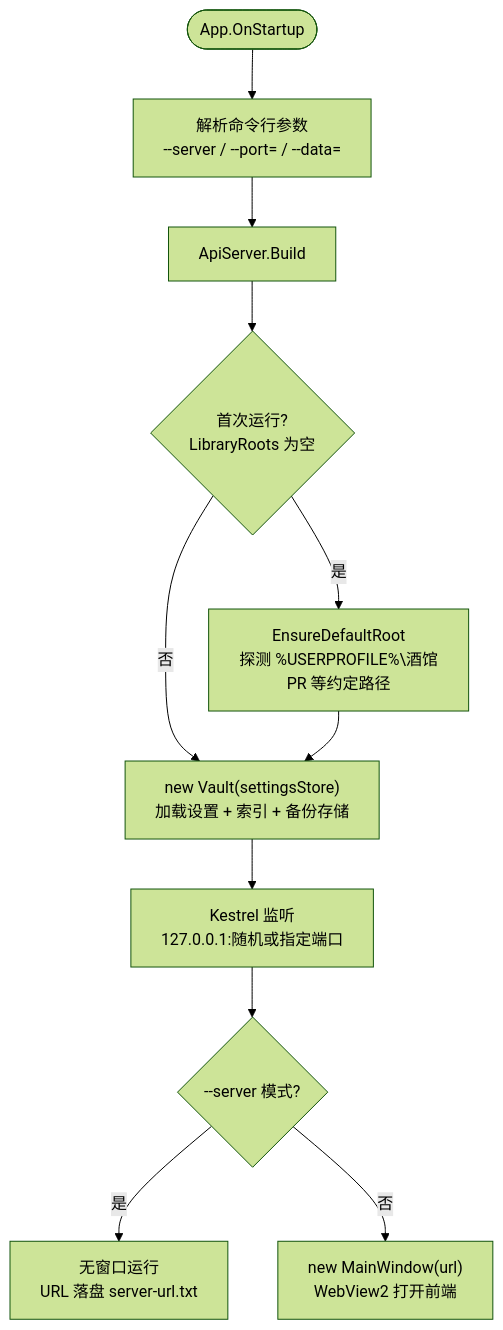
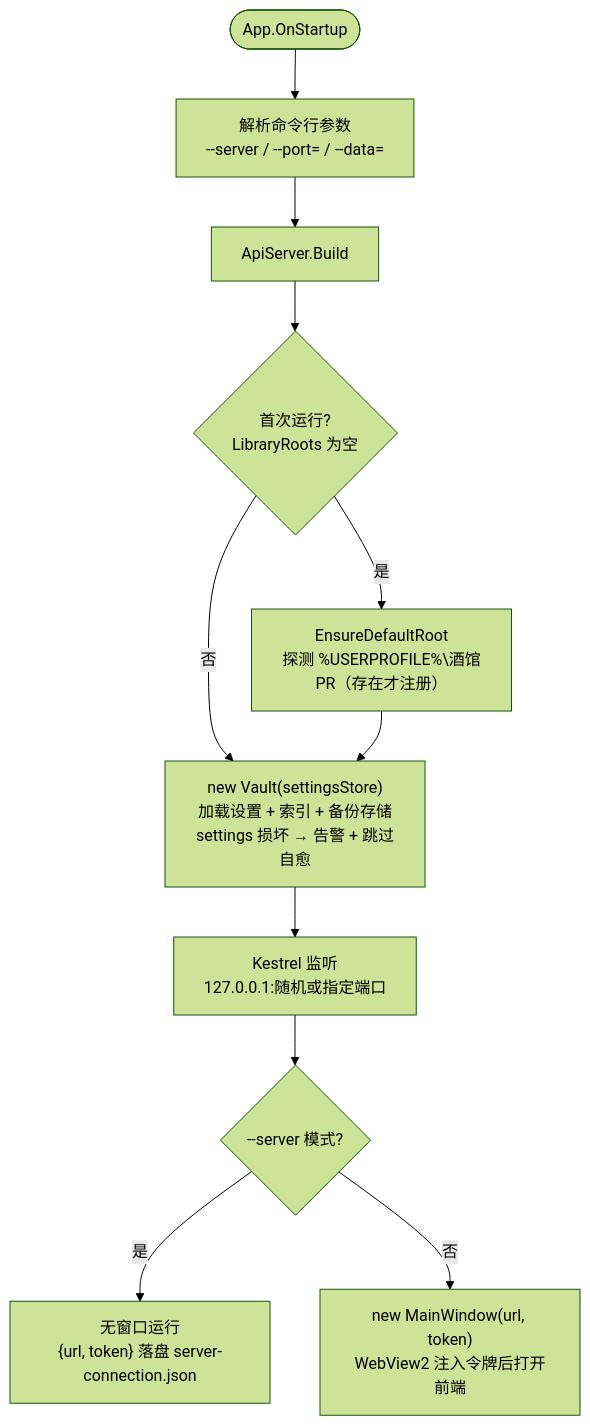
One commit to minekurs53-cmd/TavernVault changed the second of 12 diagrams in docs/architecture-visualization.md. Above: the diagram before and after it, drawn with Mermaid (forest theme). The commit also changed other lines of this file and 20 other files, not shown here.

````diff
--- a/docs/architecture-visualization.md
+++ b/docs/architecture-visualization.md
@@ -63,13 +63,13 @@
 ```mermaid
 flowchart TD
     Start(["App.OnStartup"]) --> Parse["解析命令行参数<br/>--server / --port= / --data="]
     Parse --> Build["ApiServer.Build"]
     Build --> Default{"首次运行?<br/>LibraryRoots 为空"}
-    Default -->|"是"| Guess["EnsureDefaultRoot<br/>探测 %USERPROFILE%\酒馆PR 等约定路径"]
-    Default -->|"否"| Vault["new Vault(settingsStore)<br/>加载设置 + 索引 + 备份存储"]
+    Default -->|"是"| Guess["EnsureDefaultRoot<br/>探测 %USERPROFILE%\酒馆PR（存在才注册）"]
+    Default -->|"否"| Vault["new Vault(settingsStore)<br/>加载设置 + 索引 + 备份存储<br/>settings 损坏 → 告警 + 跳过自愈"]
     Guess --> Vault
     Vault --> Listen["Kestrel 监听<br/>127.0.0.1:随机或指定端口"]
     Listen --> Mode{"--server 模式?"}
-    Mode -->|"是"| Headless["无窗口运行<br/>URL 落盘 server-url.txt"]
-    Mode -->|"否"| Window["new MainWindow(url)<br/>WebView2 打开前端"]
+    Mode -->|"是"| Headless["无窗口运行<br/>{url, token} 落盘 server-connection.json"]
+    Mode -->|"否"| Window["new MainWindow(url, token)<br/>WebView2 注入令牌后打开前端"]
 ```
````
